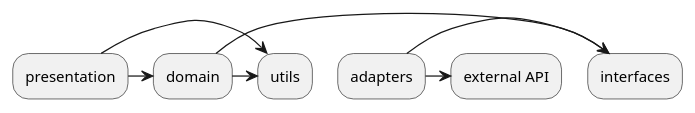
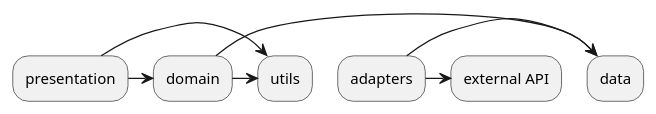
The diagram in docs/refactor/proposal.md (Flank/flank), drawn with PlantUML before and after one commit. The commit also changed other lines of this file and 5 other files, not shown here.

````diff
--- a/docs/refactor/proposal.md
+++ b/docs/refactor/proposal.md
@@ -19,8 +19,8 @@
 ```puml
 presentation -> domain
 presentation -> utils
 domain -> utils
-domain -> interfaces
-adapters -> interfaces
+domain -> data
+adapters -> data
 adapters -> external API
 ```
````
